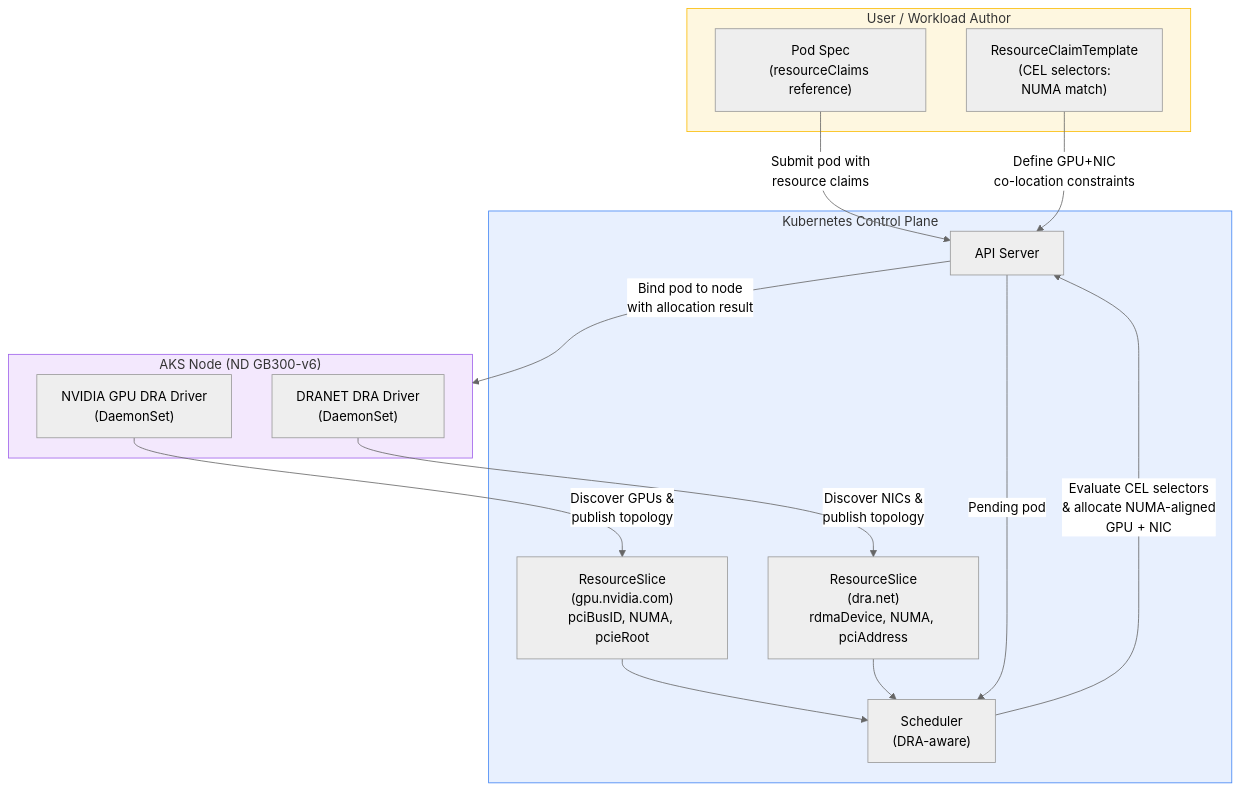
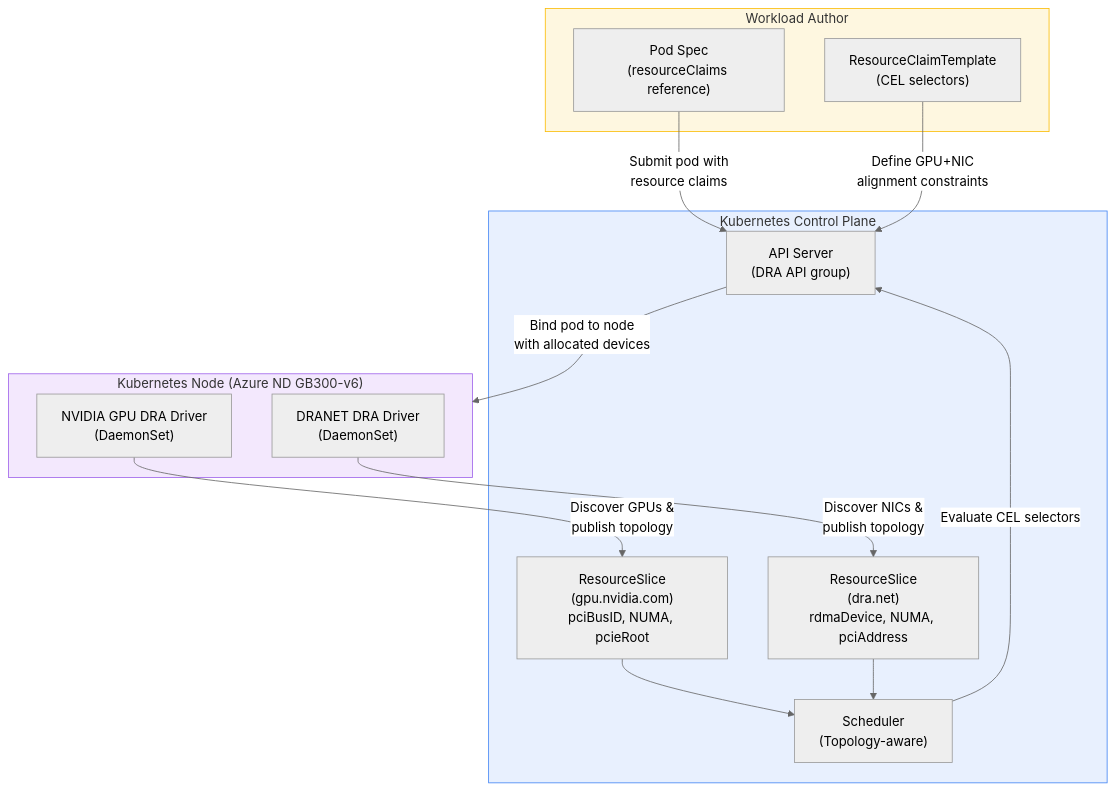
The diagram in website/blog/2026-04-01-dranet-rdma-optimization-for-ai-on-aks/control-plane-diagram.mmd (Azure/AKS), drawn with Mermaid (neutral theme) before and after one commit. The commit also changed 4 other files, not shown here.

```diff
--- a/website/blog/2026-04-01-dranet-rdma-optimization-for-ai-on-aks/control-plane-diagram.mmd
+++ b/website/blog/2026-04-01-dranet-rdma-optimization-for-ai-on-aks/control-plane-diagram.mmd
@@ -1,37 +1,36 @@
 flowchart TB
-    subgraph User["User / Workload Author"]
-        RCT["ResourceClaimTemplate<br/>(CEL selectors:<br/>NUMA match)"]
+    subgraph User["Workload Author"]
+        RCT["ResourceClaimTemplate<br/>(CEL selectors)"]
         PodSpec["Pod Spec<br/>(resourceClaims reference)"]
     end
 
     subgraph CP["Kubernetes Control Plane"]
-        API["API Server"]
-        Sched["Scheduler<br/>(DRA-aware)"]
+        API["API Server<br/>(DRA API group)"]
+        Sched["Scheduler<br/>(Topology-aware)"]
         RS_GPU["ResourceSlice<br/>(gpu.nvidia.com)<br/>pciBusID, NUMA, pcieRoot"]
         RS_NIC["ResourceSlice<br/>(dra.net)<br/>rdmaDevice, NUMA, pciAddress"]
     end
 
-    subgraph Node["AKS Node (ND GB300-v6)"]
+    subgraph Node["Kubernetes Node (Azure ND GB300-v6)"]
         NVDRV["NVIDIA GPU DRA Driver<br/>(DaemonSet)"]
         DRANETDRV["DRANET DRA Driver<br/>(DaemonSet)"]
     end
 
     %% User submits workload
     PodSpec -->|"Submit pod with<br/>resource claims"| API
-    RCT -->|"Define GPU+NIC<br/>co-location constraints"| API
+    RCT -->|"Define GPU+NIC<br/>alignment constraints"| API
 
     %% Drivers publish device topology
     NVDRV -->|"Discover GPUs &<br/>publish topology"| RS_GPU
     DRANETDRV -->|"Discover NICs &<br/>publish topology"| RS_NIC
 
     %% Scheduler uses slices to allocate
     RS_GPU --> Sched
     RS_NIC --> Sched
-    API -->|"Pending pod"| Sched
-    Sched -->|"Evaluate CEL selectors<br/>& allocate NUMA-aligned<br/>GPU + NIC"| API
-    API -->|"Bind pod to node<br/>with allocation result"| Node
+    Sched -->|"Evaluate CEL selectors"| API
+    API -->|"Bind pod to node<br/>with allocated devices"| Node
 
     %% Styling
     style User fill:#fef7e0,stroke:#fbbc04
     style CP fill:#e8f0fe,stroke:#4285f4
     style Node fill:#f3e8fd,stroke:#9f62eb
```
